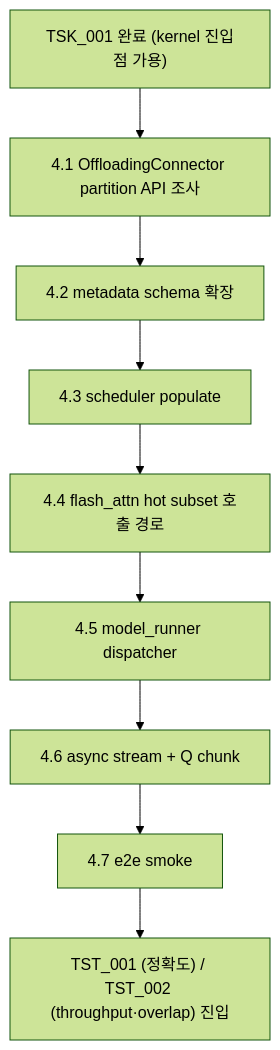
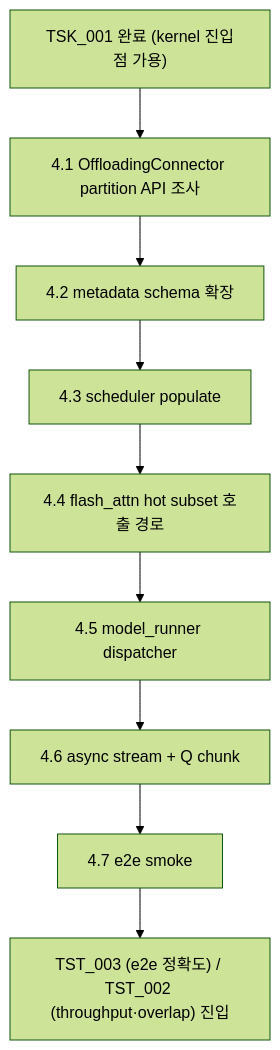
One commit to mystous/vllm_hybrid changed the diagram in shadow_assists/features/IDE_006/TSK_002.md. Above: the diagram before and after it, drawn with Mermaid (forest theme). The commit also changed other lines of this file and 16 other files, not shown here.

````diff
--- a/shadow_assists/features/IDE_006/TSK_002.md
+++ b/shadow_assists/features/IDE_006/TSK_002.md
@@ -132,12 +133,12 @@
 ```mermaid
 flowchart TB
     T1["TSK_001 완료 (kernel 진입점 가용)"]
     T1 --> S0["4.1 OffloadingConnector partition API 조사"]
     S0 --> S1["4.2 metadata schema 확장"]
     S1 --> S2["4.3 scheduler populate"]
     S2 --> S3["4.4 flash_attn hot subset 호출 경로"]
     S3 --> S4["4.5 model_runner dispatcher"]
     S4 --> S5["4.6 async stream + Q chunk"]
     S5 --> S6["4.7 e2e smoke"]
-    S6 --> TST["TST_001 (정확도) / TST_002 (throughput·overlap) 진입"]
+    S6 --> TST["TST_003 (e2e 정확도) / TST_002 (throughput·overlap) 진입"]
 ```
````
